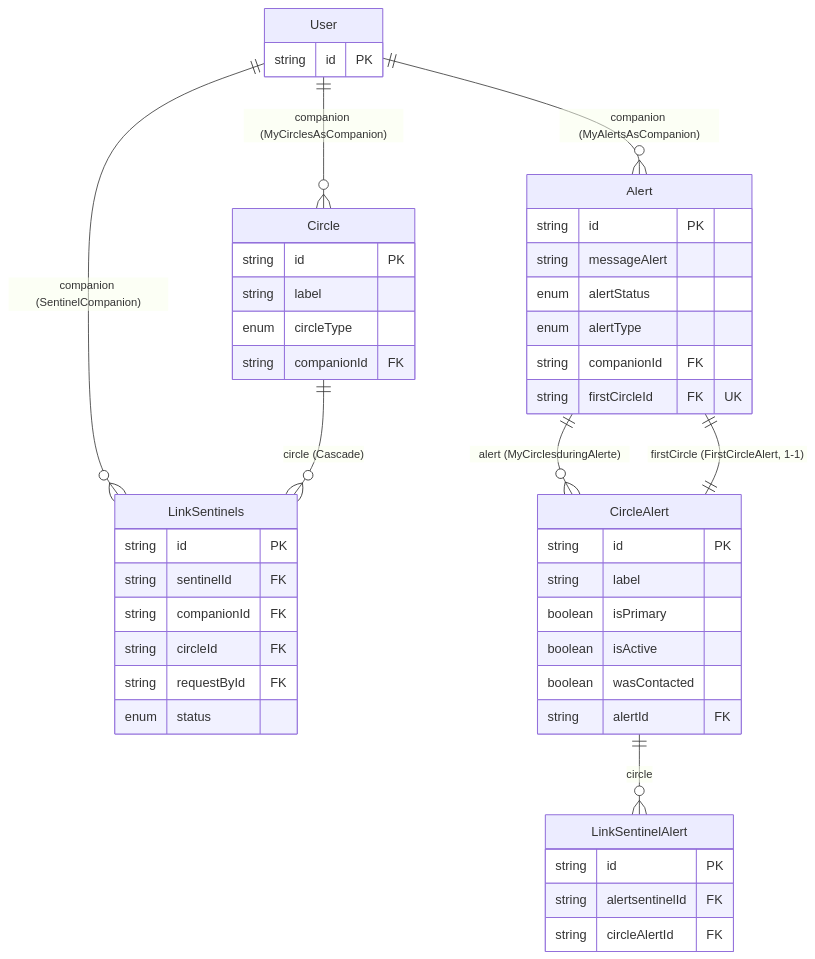
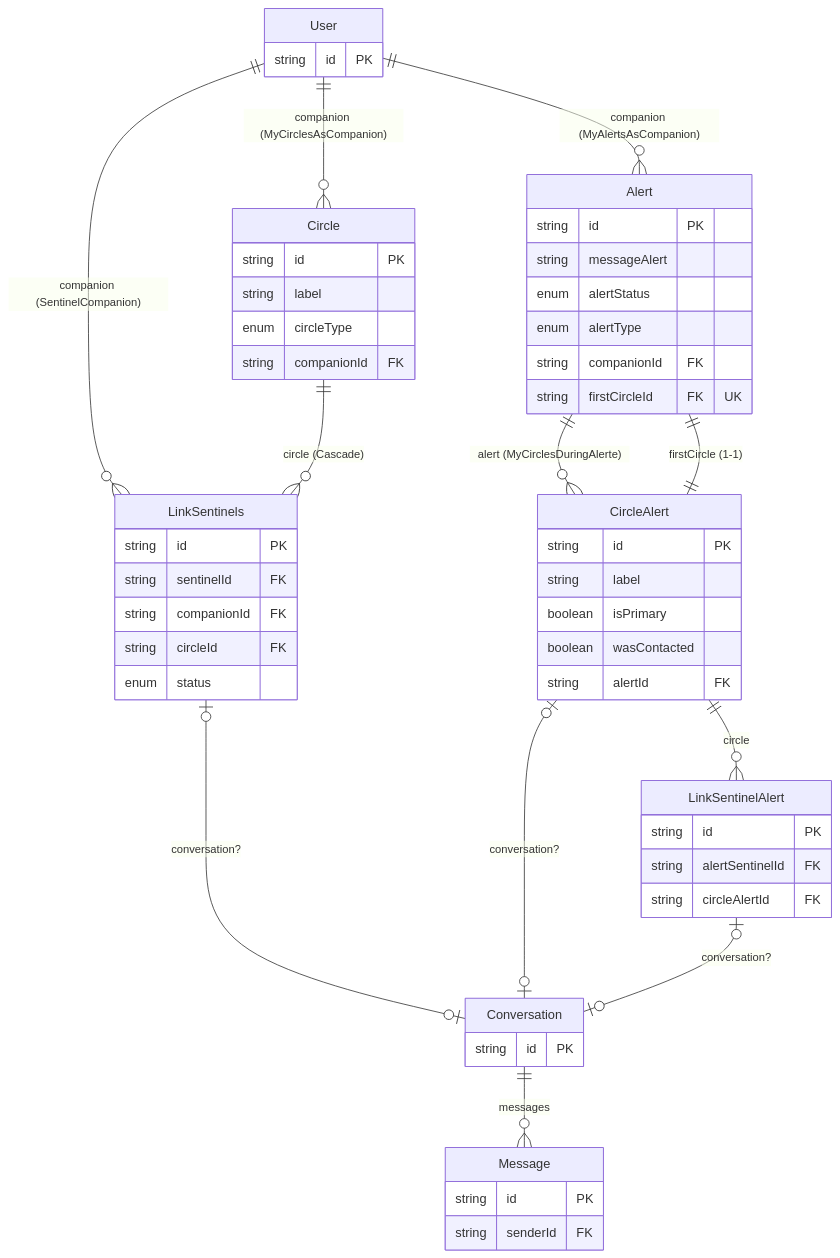
The third of 5 diagrams in backend/prisma/DB_schéma.md (Sylvfo/MySentinelCircle), drawn with Mermaid before and after one commit. The commit also changed other lines of this file and 2 other files, not shown here.

Commit message:
schema DB updated

````diff
--- a/backend/prisma/DB_schéma.md
+++ b/backend/prisma/DB_schéma.md
@@ -157,49 +175,58 @@
 ```mermaid
 erDiagram
-  User        ||--o{ Circle             : "companion (MyCirclesAsCompanion)"
-  User        ||--o{ Alert              : "companion (MyAlertsAsCompanion)"
-  User        ||--o{ LinkSentinels      : "companion (SentinelCompanion)"
-  Circle      ||--o{ LinkSentinels      : "circle (Cascade)"
-  Alert       ||--o{ CircleAlert        : "alert (MyCirclesduringAlerte)"
-  CircleAlert ||--||  Alert             : "firstCircle (FirstCircleAlert, 1-1)"
-  CircleAlert ||--o{ LinkSentinelAlert  : "circle"
+  User          ||--o{ Circle             : "companion (MyCirclesAsCompanion)"
+  User          ||--o{ Alert              : "companion (MyAlertsAsCompanion)"
+  User          ||--o{ LinkSentinels      : "companion (SentinelCompanion)"
+  Circle        ||--o{ LinkSentinels      : "circle (Cascade)"
+  LinkSentinels |o--o| Conversation       : "conversation?"
+  Alert         ||--o{ CircleAlert        : "alert (MyCirclesDuringAlerte)"
+  CircleAlert   ||--||  Alert             : "firstCircle (1-1)"
+  CircleAlert   |o--o| Conversation       : "conversation?"
+  CircleAlert   ||--o{ LinkSentinelAlert  : "circle"
+  LinkSentinelAlert |o--o| Conversation   : "conversation?"
+  Conversation  ||--o{ Message            : "messages"
 
   User {
     string id PK
   }
   Circle {
     string id PK
     string label
     enum   circleType
     string companionId FK
   }
   Alert {
     string id PK
     string messageAlert
     enum   alertStatus
     enum   alertType
     string companionId FK
     string firstCircleId FK "UK"
   }
   LinkSentinels {
     string id PK
     string sentinelId FK
     string companionId FK
     string circleId FK
-    string requestById FK
     enum   status
   }
   CircleAlert {
     string id PK
     string label
     boolean isPrimary
-    boolean isActive
     boolean wasContacted
     string alertId FK
   }
   LinkSentinelAlert {
     string id PK
-    string alertsentinelId FK
+    string alertSentinelId FK
     string circleAlertId FK
   }
+  Conversation {
+    string id PK
+  }
+  Message {
+    string id PK
+    string senderId FK
+  }
 ```
````
